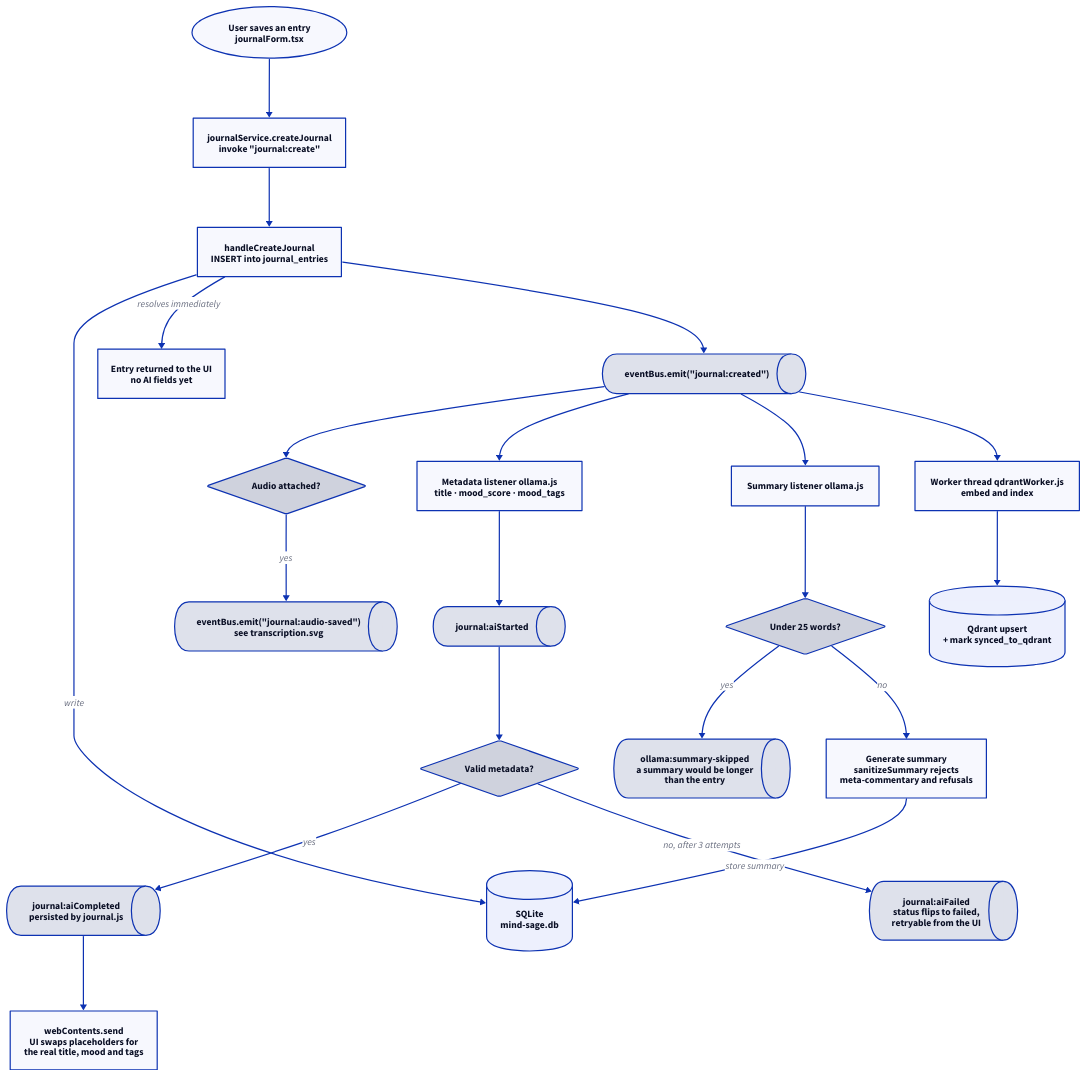
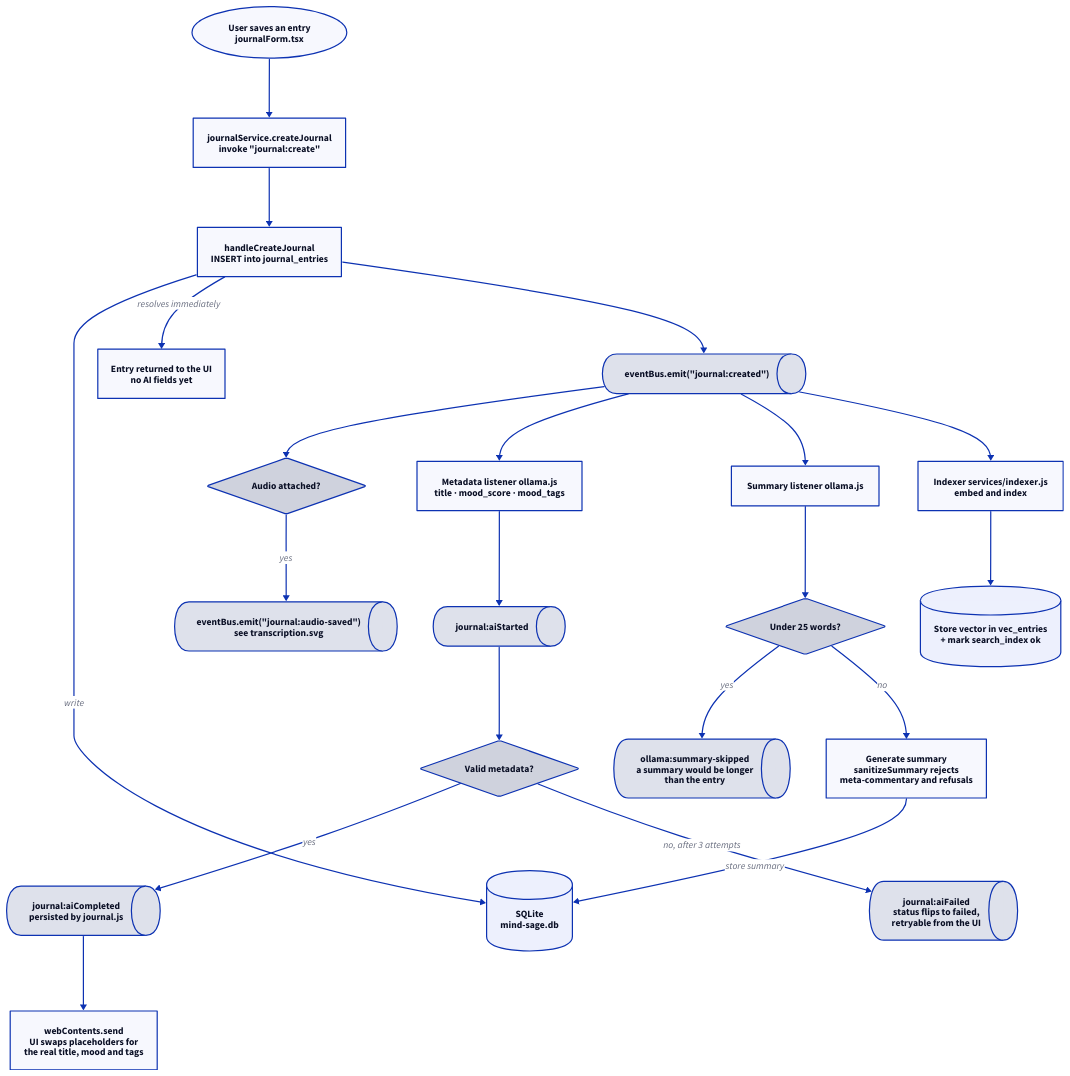
One commit to Arinaymaybhaskar/MindSage_desktop_app changed the diagram in assets/diagrams/src/create-journal.d2. Above: the diagram before and after it, drawn with D2. The commit also changed 37 other files, not shown here.

First line of the commit message:
chore(search): remove Qdrant leftovers from the UI, diagrams and README

```diff
--- a/assets/diagrams/src/create-journal.d2
+++ b/assets/diagrams/src/create-journal.d2
@@ -1,120 +1,120 @@
 # Creating a journal entry, from the save click to the AI fields arriving.
-# Derived from electron/methods/journal.js, ollama.js, whisper.js and qdrantWorker.js.
+# Derived from electron/methods/journal.js, ollama.js, whisper.js and services/indexer.js.
 
 direction: down
 
 save: "User saves an entry\njournalForm.tsx" {
   shape: oval
   style.stroke-width: 2
 }
 
 ipc: "journalService.createJournal\ninvoke \"journal:create\"" {
   style.stroke-width: 2
 }
 
 insert: "handleCreateJournal\nINSERT into journal_entries" {
   style.stroke-width: 2
 }
 
 sqlite: "SQLite\nmind-sage.db" {
   shape: cylinder
   style.stroke-width: 2
 }
 
 returned: "Entry returned to the UI\nno AI fields yet" {
   style.stroke-width: 2
 }
 
 emit: "eventBus.emit(\"journal:created\")" {
   shape: queue
   style.stroke-width: 2
 }
 
 audio: "Audio attached?" {
   shape: diamond
   style.stroke-width: 2
 }
 
 audioSaved: "eventBus.emit(\"journal:audio-saved\")\nsee transcription.svg" {
   shape: queue
   style.stroke-width: 2
 }
 
 meta: "Metadata listener   ollama.js\ntitle · mood_score · mood_tags" {
   style.stroke-width: 2
 }
 
 summary: "Summary listener   ollama.js" {
   style.stroke-width: 2
 }
 
-worker: "Worker thread   qdrantWorker.js\nembed and index" {
+worker: "Indexer   services/indexer.js\nembed and index" {
   style.stroke-width: 2
 }
 
 short: "Under 25 words?" {
   shape: diamond
   style.stroke-width: 2
 }
 
 skipped: "ollama:summary-skipped\na summary would be longer\nthan the entry" {
   shape: queue
   style.stroke-width: 2
 }
 
 genSummary: "Generate summary\nsanitizeSummary rejects\nmeta-commentary and refusals" {
   style.stroke-width: 2
 }
 
 aiStarted: "journal:aiStarted" {
   shape: queue
   style.stroke-width: 2
 }
 
 aiOk: "Valid metadata?" {
   shape: diamond
   style.stroke-width: 2
 }
 
 aiCompleted: "journal:aiCompleted\npersisted by journal.js" {
   shape: queue
   style.stroke-width: 2
 }
 
 aiFailed: "journal:aiFailed\nstatus flips to failed,\nretryable from the UI" {
   shape: queue
   style.stroke-width: 2
 }
 
-qdrant: "Qdrant upsert\n+ mark synced_to_qdrant" {
+vec: "Store vector in vec_entries\n+ mark search_index ok" {
   shape: cylinder
   style.stroke-width: 2
 }
 
 notify: "webContents.send\nUI swaps placeholders for\nthe real title, mood and tags" {
   style.stroke-width: 2
 }
 
 save -> ipc
 ipc -> insert
 insert -> sqlite: "write"
 insert -> returned: "resolves immediately"
 insert -> emit
 emit -> audio
 audio -> audioSaved: "yes"
 emit -> meta
 emit -> summary
 emit -> worker
 
 meta -> aiStarted
 aiStarted -> aiOk
 aiOk -> aiCompleted: "yes"
 aiOk -> aiFailed: "no, after 3 attempts"
 aiCompleted -> notify
 
 summary -> short
 short -> skipped: "yes"
 short -> genSummary: "no"
 genSummary -> sqlite: "store summary"
 
-worker -> qdrant
+worker -> vec
```
